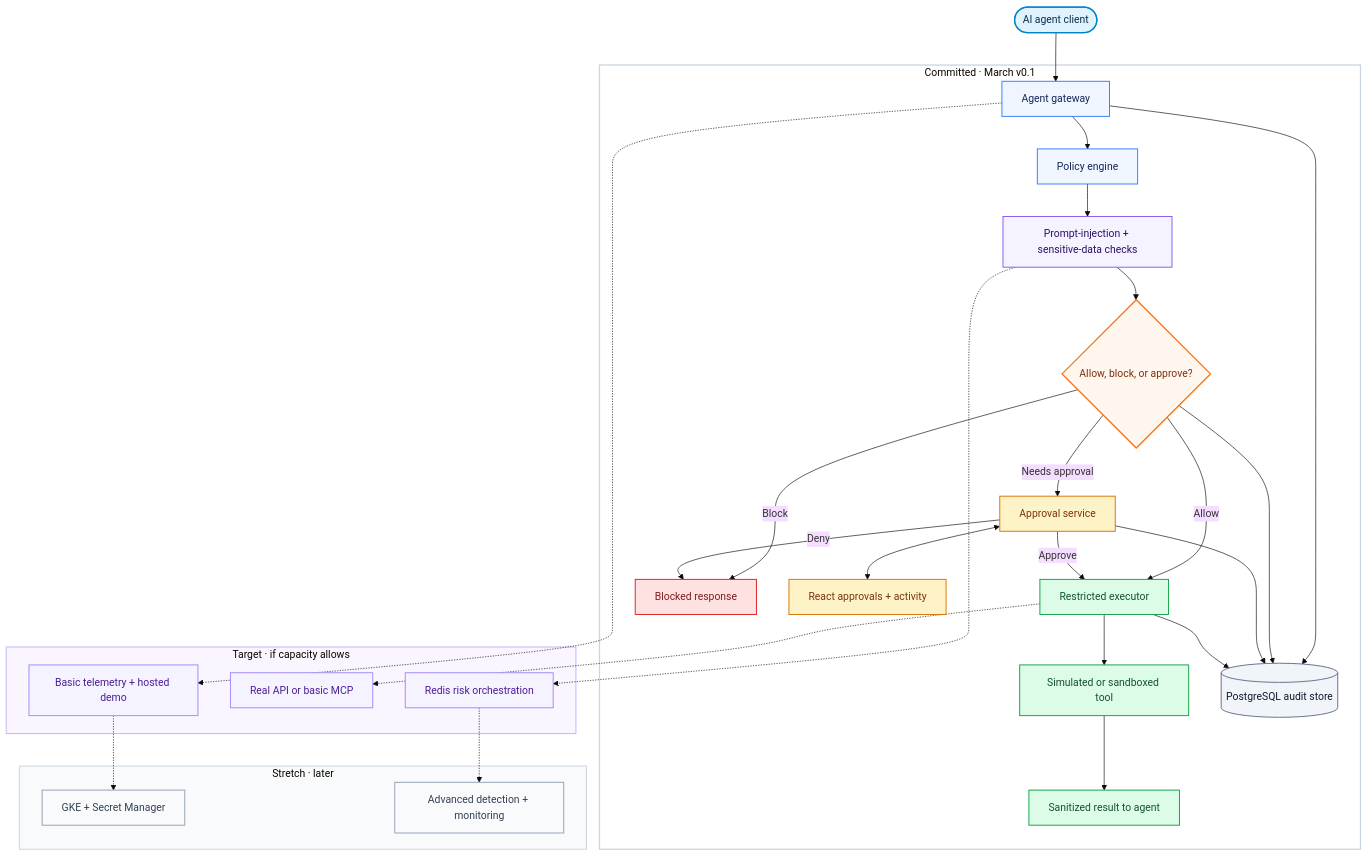
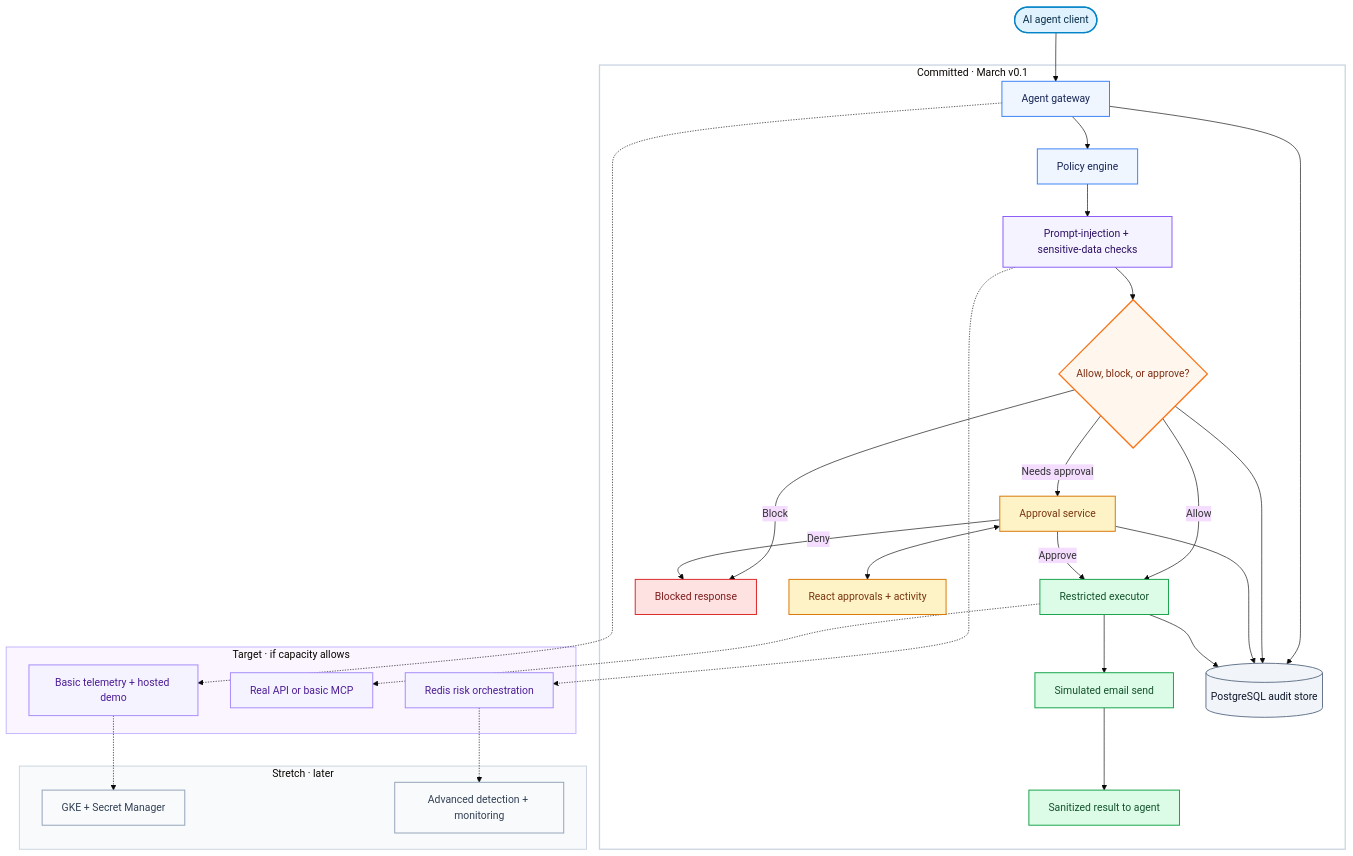
One commit to DSC-McMaster-U/agent-guard changed the second of 2 diagrams in README.md. Above: the diagram before and after it, drawn with Mermaid (base theme). The commit also changed other lines of this file and 1 other file, not shown here.

Commit message:
docs: choose simulated email for showcase demo (#54)

````diff
--- a/README.md
+++ b/README.md
@@ -108,57 +110,57 @@
 ```mermaid
 flowchart TB
     agent(["AI agent client"]):::actor
 
     subgraph core["Committed · March v0.1"]
         gateway["Agent gateway"]:::service --> policy["Policy engine"]:::service
         policy --> checks["Prompt-injection + sensitive-data checks"]:::security
         checks --> decision{"Allow, block, or approve?"}:::decision
 
         decision -->|Allow| executor["Restricted executor"]:::success
         decision -->|Block| blocked["Blocked response"]:::blocked
         decision -->|Needs approval| approval["Approval service"]:::review
         approval <--> dashboard["React approvals + activity"]:::review
         approval -->|Approve| executor
         approval -->|Deny| blocked
 
-        executor --> tool["Simulated or sandboxed tool"]:::success
+        executor --> tool["Simulated email send"]:::success
         tool --> result["Sanitized result to agent"]:::success
         gateway --> audit[("PostgreSQL audit store")]:::data
         decision --> audit
         approval --> audit
         executor --> audit
     end
 
     agent --> gateway
 
     subgraph target["Target · if capacity allows"]
         risk["Redis risk orchestration"]:::optional
         integration["Real API or basic MCP"]:::optional
         telemetry["Basic telemetry + hosted demo"]:::optional
     end
 
     subgraph stretch["Stretch · later"]
         cloud["GKE + Secret Manager"]:::future
         advanced["Advanced detection + monitoring"]:::future
     end
 
     checks -.-> risk
     executor -.-> integration
     gateway -.-> telemetry
     telemetry -.-> cloud
     risk -.-> advanced
 
     classDef actor fill:#e0f2fe,stroke:#0284c7,color:#082f49,stroke-width:2px
     classDef service fill:#eff6ff,stroke:#3b82f6,color:#172554,stroke-width:1.5px
     classDef security fill:#f5f3ff,stroke:#8b5cf6,color:#2e1065,stroke-width:1.5px
     classDef decision fill:#fff7ed,stroke:#f97316,color:#7c2d12,stroke-width:2px
     classDef review fill:#fef3c7,stroke:#d97706,color:#78350f,stroke-width:1.5px
     classDef success fill:#dcfce7,stroke:#16a34a,color:#14532d,stroke-width:1.5px
     classDef blocked fill:#fee2e2,stroke:#dc2626,color:#7f1d1d,stroke-width:1.5px
     classDef data fill:#f1f5f9,stroke:#64748b,color:#0f172a,stroke-width:1.5px
     classDef optional fill:#f5f3ff,stroke:#a78bfa,color:#4c1d95,stroke-width:1.5px
     classDef future fill:#f8fafc,stroke:#94a3b8,color:#334155,stroke-width:1.5px
     style core fill:#ffffff,stroke:#cbd5e1,stroke-width:2px
     style target fill:#faf5ff,stroke:#c4b5fd,stroke-width:1.5px
     style stretch fill:#f8fafc,stroke:#cbd5e1,stroke-width:1.5px
 ```
````
